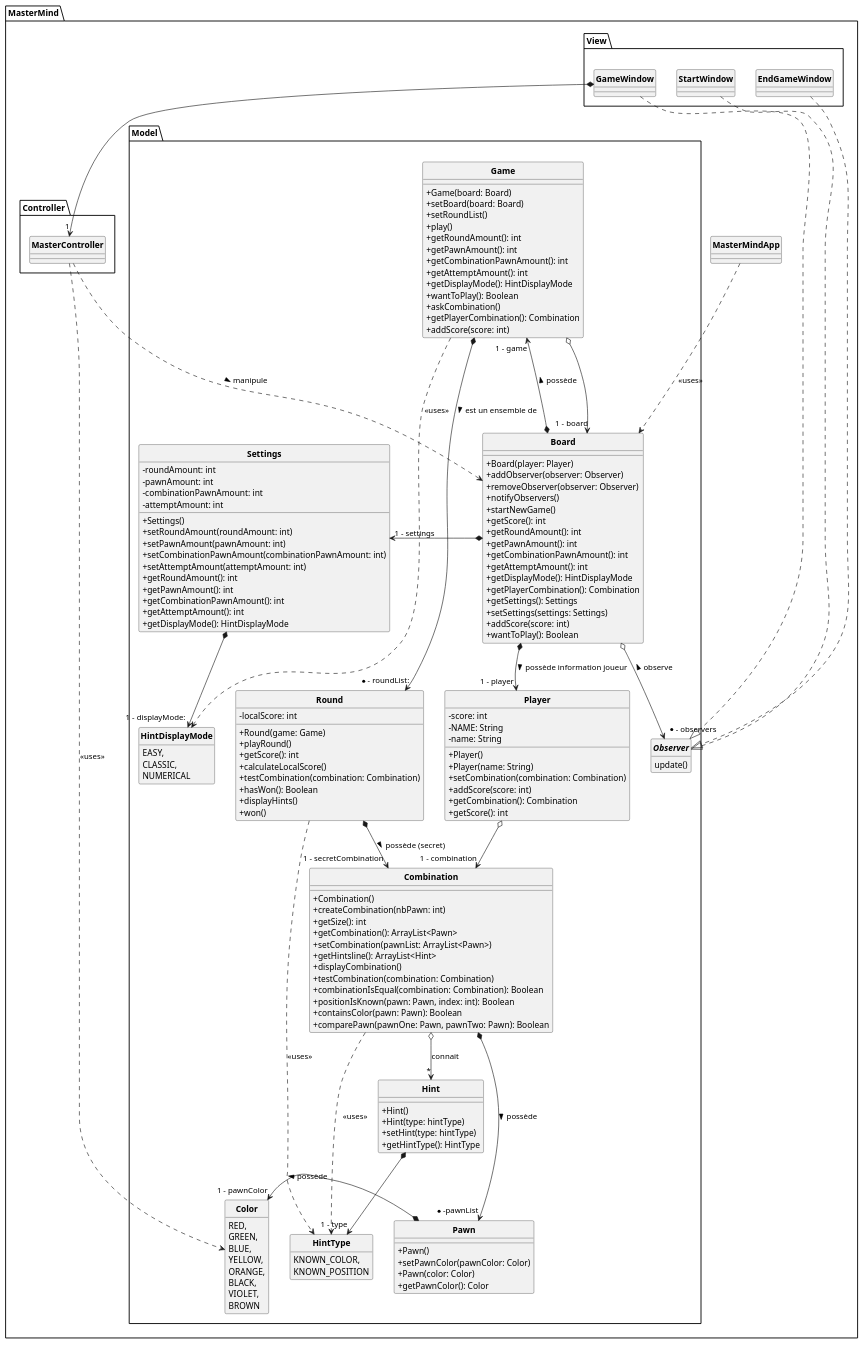
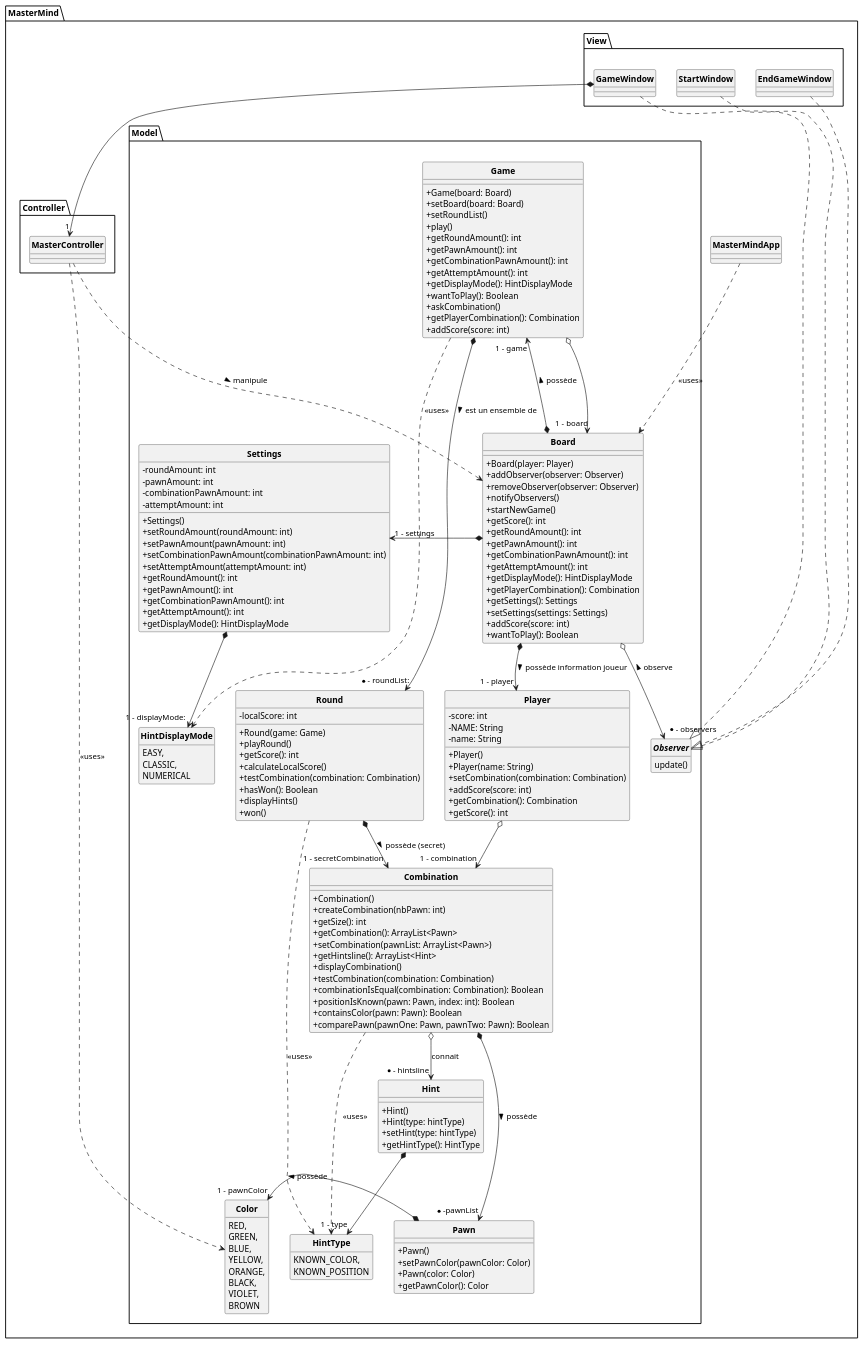
Before and after one commit to dbrunstein/a31-mastermind-java: the diagram in MasterMind/src/UML/MasterMind_6.puml, drawn with PlantUML.

Commit message:
Corrigé nom manquant dans la relation entre hint et combination

```diff
--- a/MasterMind/src/UML/MasterMind_6.puml
+++ b/MasterMind/src/UML/MasterMind_6.puml
@@ -1,188 +1,188 @@
 @startuml
 'https://plantuml.com/class-diagram
 skinparam style strictuml
 skinparam classAttributeIconSize 0
 skinparam classFontStyle Bold
 hide enum methods
 hide interface attributes
 
 package MasterMind{
     class MasterMindApp{
     }
         package Controller{
             class MasterController{
             }
         }
         package Model {
 class Board {
 
     + Board(player: Player)
     + addObserver(observer: Observer)
     + removeObserver(observer: Observer)
     + notifyObservers()
     + startNewGame()
     + getScore(): int
     + getRoundAmount(): int
     + getPawnAmount(): int
     + getCombinationPawnAmount(): int
     + getAttemptAmount(): int
     + getDisplayMode(): HintDisplayMode
     + getPlayerCombination(): Combination
     + getSettings(): Settings
     + setSettings(settings: Settings)
     + addScore(score: int)
     + wantToPlay(): Boolean
 }
 
 class Settings {
     - roundAmount: int
     - pawnAmount: int
     - combinationPawnAmount: int
     - attemptAmount: int
 
     + Settings()
     + setRoundAmount(roundAmount: int)
     + setPawnAmount(pawnAmount: int)
     + setCombinationPawnAmount(combinationPawnAmount: int)
     + setAttemptAmount(attemptAmount: int)
     + getRoundAmount(): int
     + getPawnAmount(): int
     + getCombinationPawnAmount(): int
     + getAttemptAmount(): int
     + getDisplayMode(): HintDisplayMode
 }
 
 class Game {
 
     + Game(board: Board)
     + setBoard(board: Board)
     + setRoundList()
     + play()
     + getRoundAmount(): int
     + getPawnAmount(): int
     + getCombinationPawnAmount(): int
     + getAttemptAmount(): int
     + getDisplayMode(): HintDisplayMode
     + wantToPlay(): Boolean
     + askCombination()
     + getPlayerCombination(): Combination
     + addScore(score: int)
 }
 
 class Round {
     - localScore: int
     + Round(game: Game)
     + playRound()
     + getScore(): int
     + calculateLocalScore()
     + testCombination(combination: Combination)
     + hasWon(): Boolean
     + displayHints()
     + won()
 }
 
 class Player {
     - score: int
     - NAME: String
     - name: String
 
     + Player()
     + Player(name: String)
     + setCombination(combination: Combination)
     + addScore(score: int)
     + getCombination(): Combination
     + getScore(): int
 }
 
 class Combination {
     + Combination()
     + createCombination(nbPawn: int)
     + getSize(): int
     + getCombination(): ArrayList<Pawn>
     + setCombination(pawnList: ArrayList<Pawn>)
     + getHintsline(): ArrayList<Hint>
     + displayCombination()
     + testCombination(combination: Combination)
     + combinationIsEqual(combination: Combination): Boolean
     + positionIsKnown(pawn: Pawn, index: int): Boolean
     + containsColor(pawn: Pawn): Boolean
     + comparePawn(pawnOne: Pawn, pawnTwo: Pawn): Boolean
 }
 
 class Hint {
     + Hint()
     + Hint(type: hintType)
     + setHint(type: hintType)
     + getHintType(): HintType
 }
 enum HintType {
     KNOWN_COLOR,
     KNOWN_POSITION
 }
 class Pawn {
     + Pawn()
     + setPawnColor(pawnColor: Color)
     + Pawn(color: Color)
     + getPawnColor(): Color
 }
 
 enum Color {
     RED,
     GREEN,
     BLUE,
     YELLOW,
     ORANGE,
     BLACK,
     VIOLET,
     BROWN
 }
 
 enum HintDisplayMode {
     EASY,
     CLASSIC,
     NUMERICAL
 }
 
 interface Observer {
     update()
 }
         }
         package View {
             class GameWindow {
             }
             class StartWindow{
             }
             class EndGameWindow{
             }
         }
 }
 'Base pas ouf mais c'est un début'
 '####VUES####'
 GameWindow  *--> "1" MasterController
 GameWindow ...|> Observer
 StartWindow ...|> Observer
 EndGameWindow ...|> Observer
 '####MODEL####'
 Combination  *---> "* -pawnList" Pawn : > possède
 Pawn  *-> "1 - pawnColor"Color : > possède
 Game  *--> "* - roundList:"Round : > est un ensemble de
 Board  o--> "* - observers"Observer : < observe
 Round *--> "1 - secretCombination"Combination : > possède (secret)
 Board  *-> "1 - settings"Settings
 Board  *---> "1 - game" Game : > possède
 Settings  *--> "1 - displayMode:"HintDisplayMode
 Board  *--> "1 - player"Player : > possède information joueur
-Combination  o--> "*"Hint : connait
+Combination  o--> "* - hintsline"Hint : connait
 Hint  *--> "1 - type" HintType
 Combination ...> HintType : <<uses>>
 Round ...> HintType : <<uses>>
 MasterController ...> Color : <<uses>>
 Game ...> HintDisplayMode : <<uses>>
 Game  o--> "1 - board" Board
 Player o--> "1 - combination" Combination
 'retirer les arg non primitif + ajout si privé dans agregats et compo'
 '####CONTROLLER####'
 MasterController ...> Board : > manipule
 '####MAIN####'
 MasterMindApp ...> Board : <<uses>>
 @enduml
```
